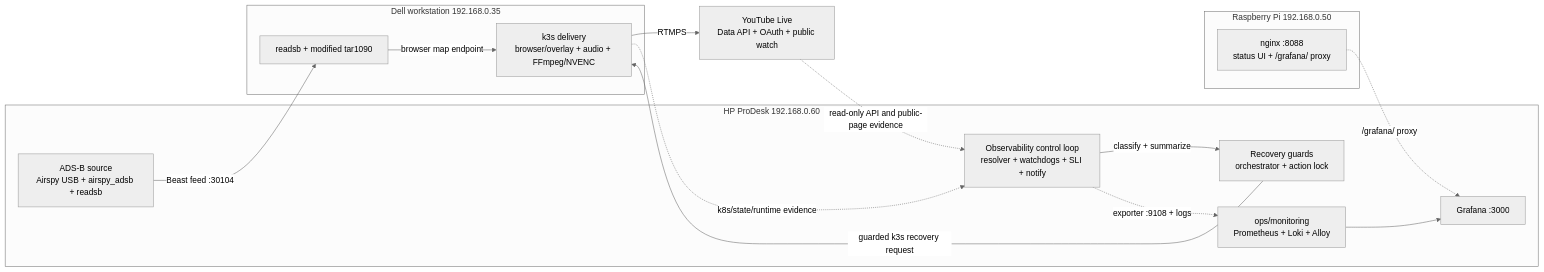
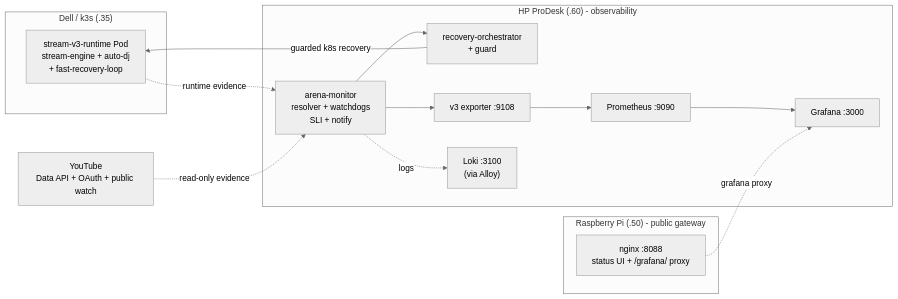
One commit to yukimurata0421/live-stream-systems-case-study changed the second of 2 diagrams in README.md. Above: the diagram before and after it, drawn with Mermaid (neutral theme). The commit also changed other lines of this file and 1 other file, not shown here.

Commit message:
docs: split readme mermaid diagrams

````diff
--- a/README.md
+++ b/README.md
@@ -47,32 +75,29 @@
 ```mermaid
 flowchart LR
-    subgraph HP["HP ProDesk 192.168.0.60"]
-        ADSB["ADS-B source<br/>Airspy USB + airspy_adsb + readsb"]
-        MON["Observability control loop<br/>resolver + watchdogs + SLI + notify"]
-        GUARD["Recovery guards<br/>orchestrator + action lock"]
-        PROM["ops/monitoring<br/>Prometheus + Loki + Alloy"]
+    subgraph DELL["Dell / k3s (.35)"]
+        RUN["stream-v3-runtime Pod<br/>stream-engine + auto-dj<br/>+ fast-recovery-loop"]
+    end
+
+    subgraph PD["HP ProDesk (.60) - observability"]
+        MON["arena-monitor<br/>resolver + watchdogs<br/>SLI + notify"]
+        ORCH["recovery-orchestrator<br/>+ guard"]
+        EXP["v3 exporter :9108"]
+        PROM["Prometheus :9090"]
+        LOKI["Loki :3100<br/>(via Alloy)"]
         GRAF["Grafana :3000"]
     end
 
-    subgraph DELL["Dell workstation 192.168.0.35"]
-        MAP["readsb + modified tar1090"]
-        K3S["k3s delivery<br/>browser/overlay + audio + FFmpeg/NVENC"]
-    end
-
-    subgraph RPI["Raspberry Pi 192.168.0.50"]
+    subgraph RPI["Raspberry Pi (.50) - public gateway"]
         NGINX["nginx :8088<br/>status UI + /grafana/ proxy"]
     end
 
-    YT["YouTube Live<br/>Data API + OAuth + public watch"]
+    YT["YouTube<br/>Data API + OAuth + public watch"]
 
-    ADSB -->|Beast feed :30104| MAP
-    MAP -->|browser map endpoint| K3S
-    K3S -->|RTMPS| YT
-    K3S -. k8s/state/runtime evidence .-> MON
-    YT -. read-only API and public-page evidence .-> MON
-    MON -->|classify + summarize| GUARD
-    GUARD -->|guarded k3s recovery request| K3S
-    MON -. exporter :9108 + logs .-> PROM
-    PROM --> GRAF
-    NGINX -. /grafana/ proxy .-> GRAF
+    RUN -. runtime evidence .-> MON
+    YT -. read-only evidence .-> MON
+    MON --> ORCH
+    ORCH -->|"guarded k8s recovery"| RUN
+    MON --> EXP --> PROM --> GRAF
+    MON -. logs .-> LOKI
+    NGINX -. grafana proxy .-> GRAF
 ```
````
